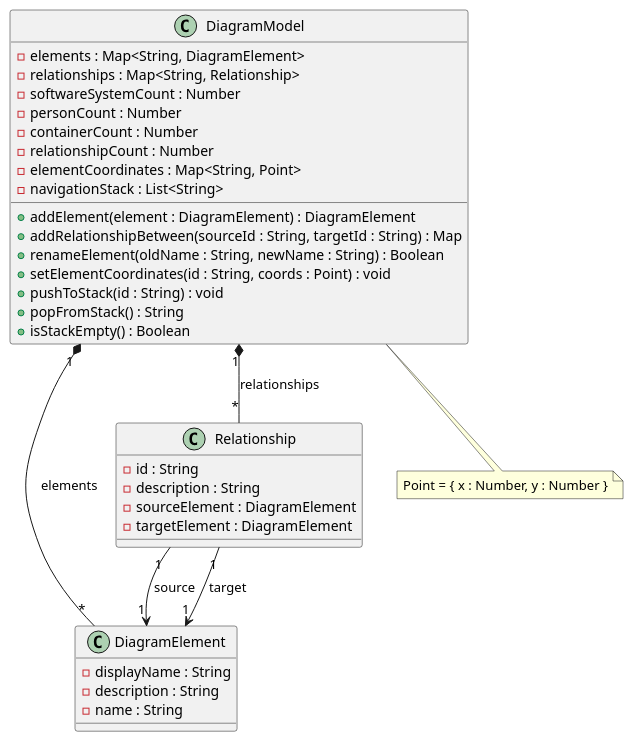
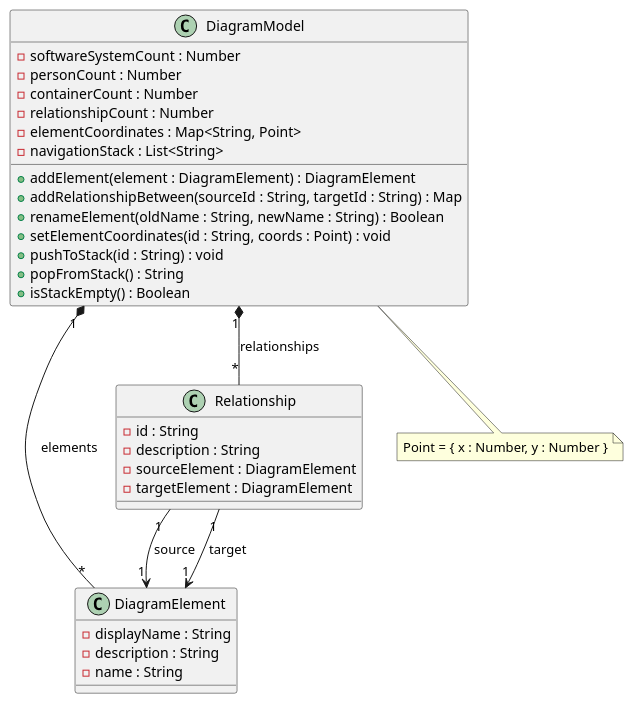
One commit to MilanVlaski/c4gui changed the diagram in docs/Model.puml. Above: the diagram before and after it, drawn with PlantUML.

Commit message:
docs: fix puml

```diff
--- a/docs/Model.puml
+++ b/docs/Model.puml
@@ -1,43 +1,41 @@
 @startuml DiagramModel
 
 class DiagramElement {
   -displayName : String
   -description : String
   -name : String
 }
 
 class Relationship {
   -id : String
   -description : String
   -sourceElement : DiagramElement
   -targetElement : DiagramElement
 }
 
 class DiagramModel {
-  -elements : Map<String, DiagramElement>
-  -relationships : Map<String, Relationship>
   -softwareSystemCount : Number
   -personCount : Number
   -containerCount : Number
   -relationshipCount : Number
   -elementCoordinates : Map<String, Point>
   -navigationStack : List<String>
 
   +addElement(element : DiagramElement) : DiagramElement
   +addRelationshipBetween(sourceId : String, targetId : String) : Map
   +renameElement(oldName : String, newName : String) : Boolean
   +setElementCoordinates(id : String, coords : Point) : void
   +pushToStack(id : String) : void
   +popFromStack() : String
   +isStackEmpty() : Boolean
 }
 
 DiagramModel "1" *-- "*" DiagramElement : elements
 DiagramModel "1" *-- "*" Relationship : relationships
 Relationship "1" --> "1" DiagramElement : source
 Relationship "1" --> "1" DiagramElement : target
 
 note "Point = { x : Number, y : Number }" as N1
 DiagramModel .. N1
 
 @enduml
```
